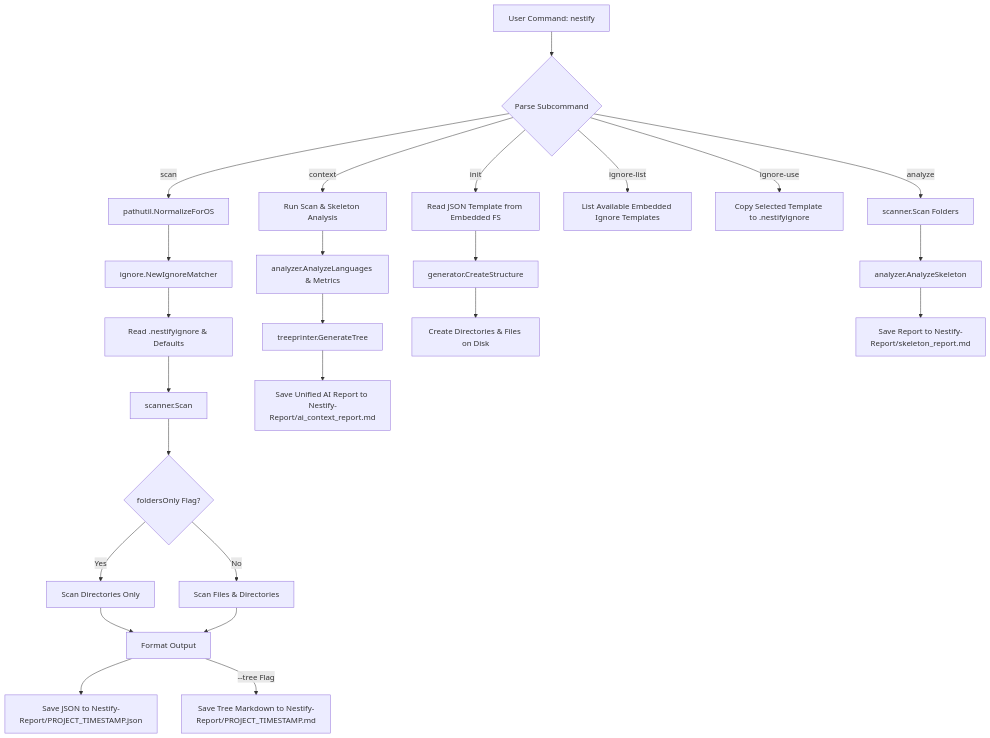
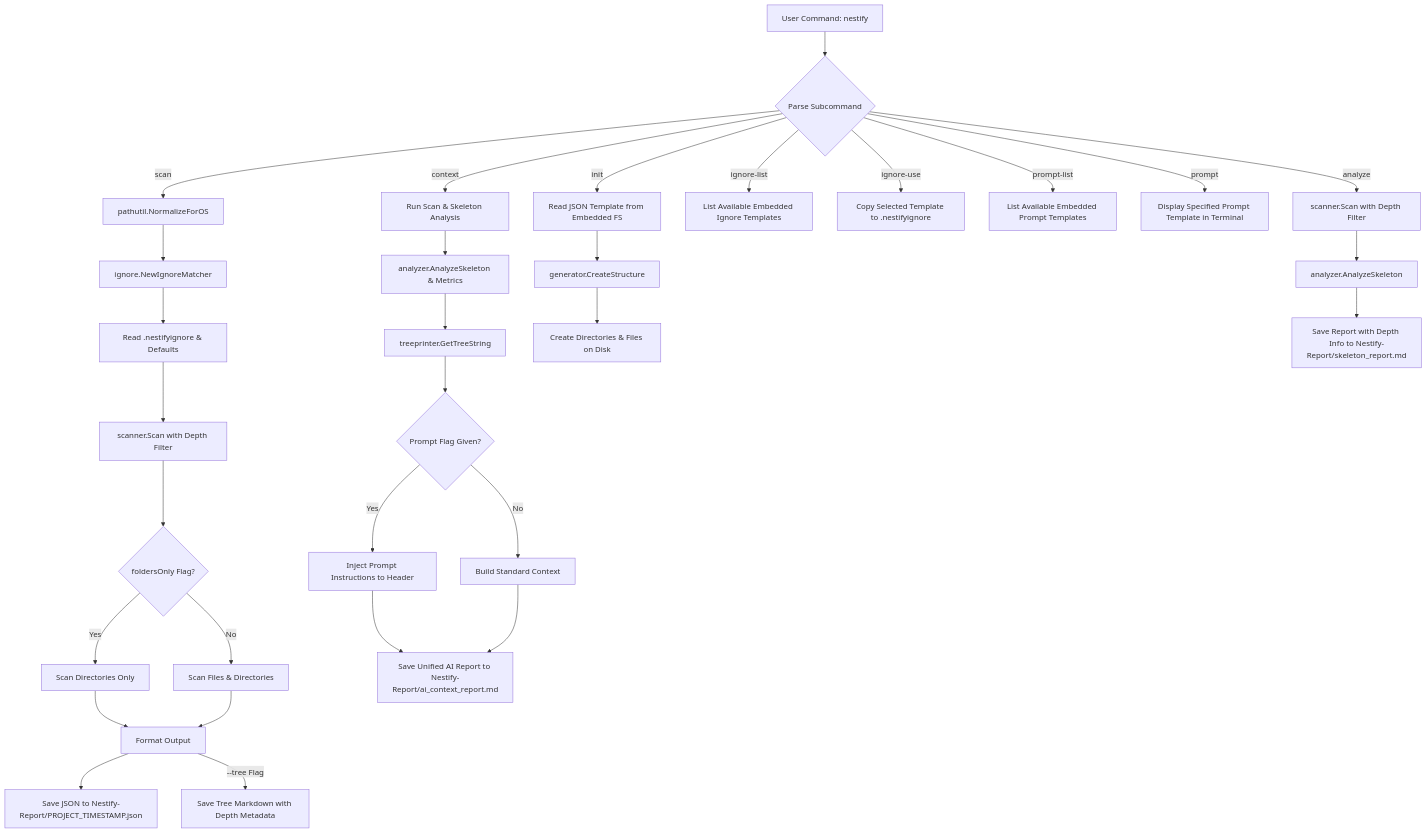
Before and after one commit to badboy1981/Nestify: the diagram in README.md, drawn with Mermaid. The commit also changed other lines of this file and 51 other files, not shown here.

First line of the commit message:
refactor CLI command documentation for cross-platform parity and AI context

````diff
--- a/README.md
+++ b/README.md
@@ -52,38 +58,45 @@
 ```mermaid
 graph TD
     A[User Command: nestify] --> B{Parse Subcommand}
 
     %% SCAN COMMAND FLOW
     B -->|scan| C[pathutil.NormalizeForOS]
     C --> D[ignore.NewIgnoreMatcher]
     D --> E[Read .nestifyignore & Defaults]
-    E --> F[scanner.Scan]
+    E --> F[scanner.Scan with Depth Filter]
     F --> G{foldersOnly Flag?}
     G -->|Yes| H[Scan Directories Only]
     G -->|No| I[Scan Files & Directories]
     H --> J[Format Output]
     I --> J
     J --> K[Save JSON to Nestify-Report/PROJECT_TIMESTAMP.json]
-    J -->|--tree Flag| L[Save Tree Markdown to Nestify-Report/PROJECT_TIMESTAMP.md]
+    J -->|--tree Flag| L[Save Tree Markdown with Depth Metadata]
 
-    %% CONTEXT COMMAND FLOW (NEW)
+    %% CONTEXT COMMAND FLOW
     B -->|context| M[Run Scan & Skeleton Analysis]
-    M --> N[analyzer.AnalyzeLanguages & Metrics]
-    N --> O[treeprinter.GenerateTree]
-    O --> P[Save Unified AI Report to Nestify-Report/ai_context_report.md]
+    M --> N[analyzer.AnalyzeSkeleton & Metrics]
+    N --> O[treeprinter.GetTreeString]
+    O --> P{Prompt Flag Given?}
+    P -->|Yes| Q[Inject Prompt Instructions to Header]
+    P -->|No| R[Build Standard Context]
+    Q --> S[Save Unified AI Report to Nestify-Report/ai_context_report.md]
+    R --> S
 
     %% INIT COMMAND FLOW
-    B -->|init| Q[Read JSON Template from Embedded FS]
-    Q --> R[generator.CreateStructure]
-    R --> S[Create Directories & Files on Disk]
+    B -->|init| T[Read JSON Template from Embedded FS]
+    T --> U[generator.CreateStructure]
+    U --> V[Create Directories & Files on Disk]
 
     %% IGNORE COMMAND FLOW
-    B -->|ignore-list| T[List Available Embedded Ignore Templates]
-    B -->|ignore-use| U[Copy Selected Template to .nestifyignore]
+    B -->|ignore-list| W[List Available Embedded Ignore Templates]
+    B -->|ignore-use| X[Copy Selected Template to .nestifyignore]
+
+    %% PROMPT COMMAND FLOW
+    B -->|prompt-list| Y[List Available Embedded Prompt Templates]
+    B -->|prompt| Z[Display Specified Prompt Template in Terminal]
 
     %% ANALYZE COMMAND FLOW
-    B -->|analyze| V[scanner.Scan Folders]
-    V --> W[analyzer.AnalyzeSkeleton]
-    W --> X[Save Report to Nestify-Report/skeleton_report.md]
-
+    B -->|analyze| AA[scanner.Scan with Depth Filter]
+    AA --> AB[analyzer.AnalyzeSkeleton]
+    AB --> AC[Save Report with Depth Info to Nestify-Report/skeleton_report.md]
 ```
````
